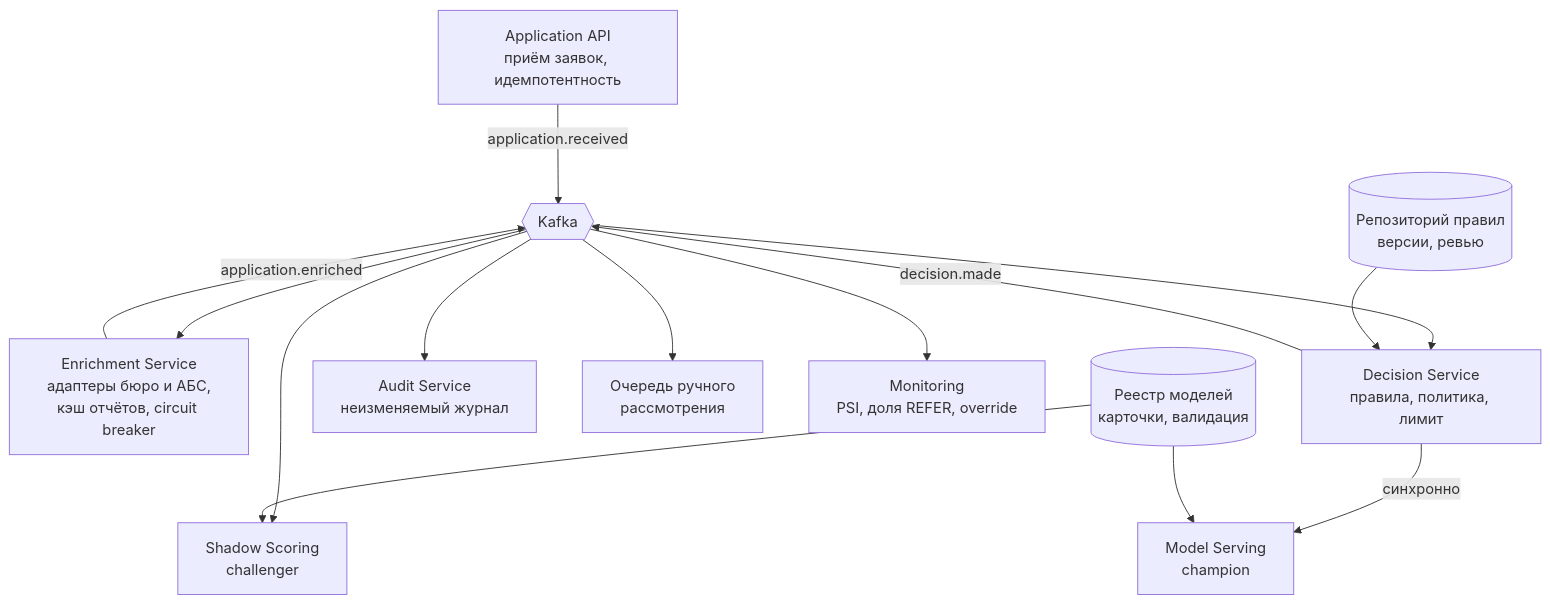
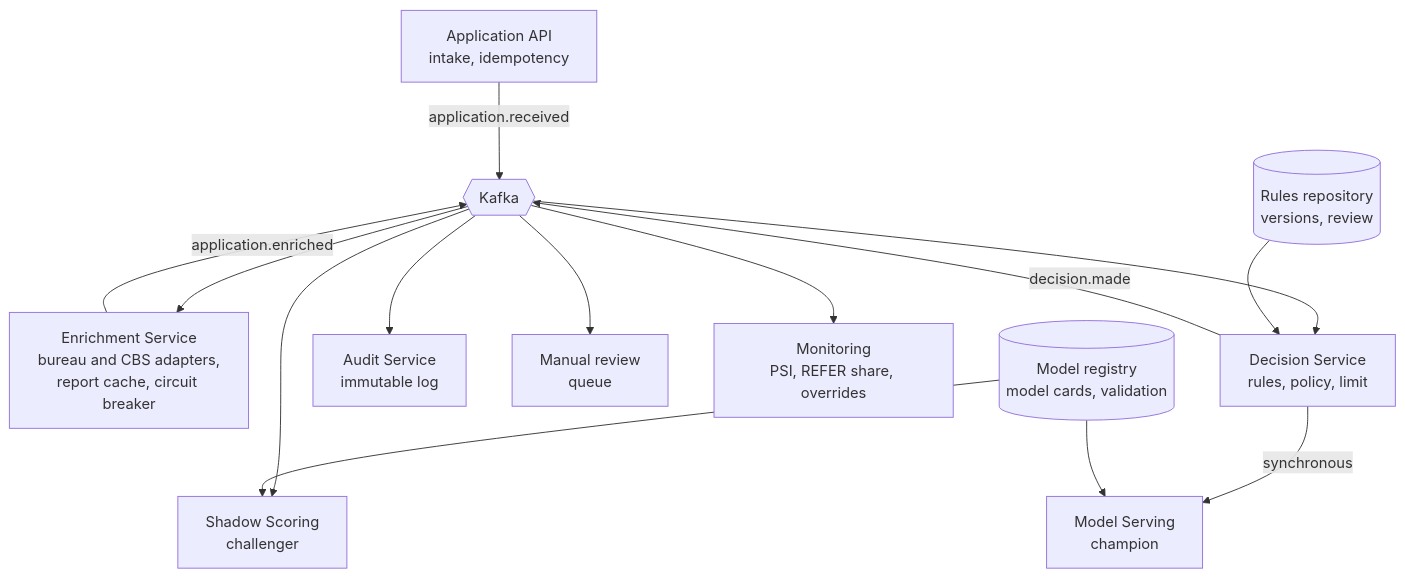
Before and after one commit to kuntsman-prog/credit-decision-engine: the second of 4 diagrams in ARCHITECTURE.md, drawn with Mermaid. The commit also changed other lines of this file, not shown here.

````diff
--- a/ARCHITECTURE.md
+++ b/ARCHITECTURE.md
@@ -21,16 +23,16 @@
 ```mermaid
 flowchart TB
-    API[Application API<br/>приём заявок, идемпотентность] -->|application.received| K{{Kafka}}
-    K --> ENR[Enrichment Service<br/>адаптеры бюро и АБС,<br/>кэш отчётов, circuit breaker]
+    API[Application API<br/>intake, idempotency] -->|application.received| K{{Kafka}}
+    K --> ENR[Enrichment Service<br/>bureau and CBS adapters,<br/>report cache, circuit breaker]
     ENR -->|application.enriched| K
-    K --> DEC[Decision Service<br/>правила, политика, лимит]
-    DEC -->|синхронно| MS[Model Serving<br/>champion]
+    K --> DEC[Decision Service<br/>rules, policy, limit]
+    DEC -->|synchronous| MS[Model Serving<br/>champion]
     DEC -->|decision.made| K
     K --> SH[Shadow Scoring<br/>challenger]
-    K --> AUD[Audit Service<br/>неизменяемый журнал]
-    K --> WQ[Очередь ручного<br/>рассмотрения]
-    K --> MON[Monitoring<br/>PSI, доля REFER, override]
-    RR[(Репозиторий правил<br/>версии, ревью)] --> DEC
-    MR[(Реестр моделей<br/>карточки, валидация)] --> MS
+    K --> AUD[Audit Service<br/>immutable log]
+    K --> WQ[Manual review<br/>queue]
+    K --> MON[Monitoring<br/>PSI, REFER share, overrides]
+    RR[(Rules repository<br/>versions, review)] --> DEC
+    MR[(Model registry<br/>model cards, validation)] --> MS
     MR --> SH
 ```
````
